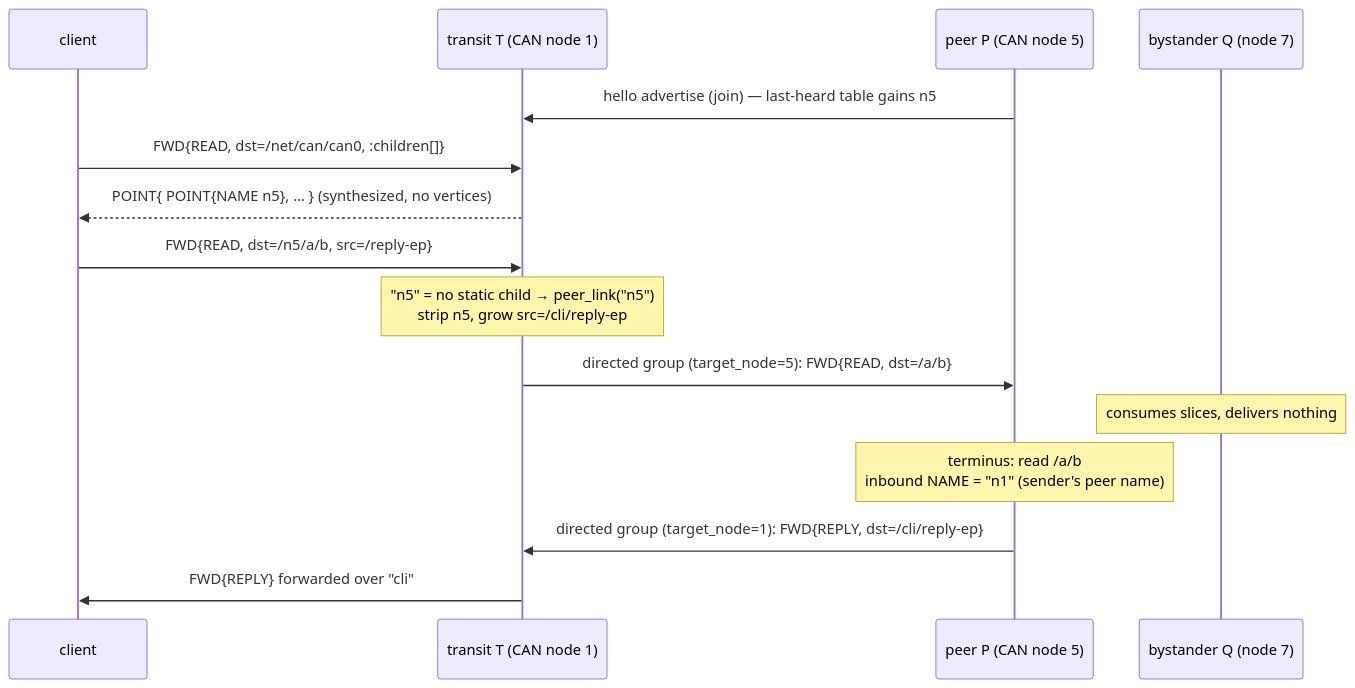
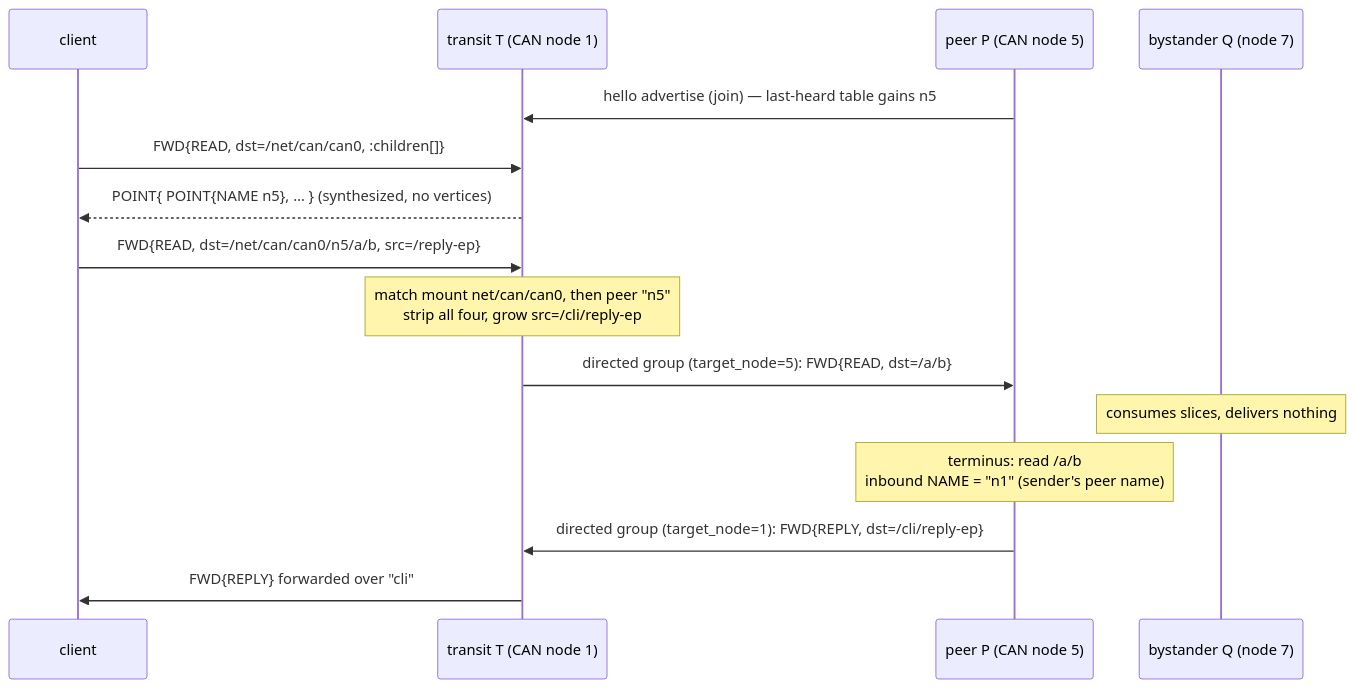
Before and after one commit to avatarsd-llc/libtracer: the diagram in docs/reference/14-can-transport.md, drawn with Mermaid. The commit also changed other lines of this file, not shown here.

First line of the commit message:
docs: reference/14 taught two peer-addressing forms that no longer route (#605)

````diff
--- a/docs/reference/14-can-transport.md
+++ b/docs/reference/14-can-transport.md
@@ -379,17 +401,17 @@
 ```{mermaid}
 sequenceDiagram
     participant C as client
     participant T as transit T (CAN node 1)
     participant P as peer P (CAN node 5)
     participant Q as bystander Q (node 7)
     P->>T: hello advertise (join) — last-heard table gains n5
     C->>T: FWD{READ, dst=/net/can/can0, :children[]}
     T-->>C: POINT{ POINT{NAME n5}, … } (synthesized, no vertices)
-    C->>T: FWD{READ, dst=/n5/a/b, src=/reply-ep}
-    Note over T: "n5" = no static child → peer_link("n5")<br/>strip n5, grow src=/cli/reply-ep
+    C->>T: FWD{READ, dst=/net/can/can0/n5/a/b, src=/reply-ep}
+    Note over T: match mount net/can/can0, then peer "n5"<br/>strip all four, grow src=/cli/reply-ep
     T->>P: directed group (target_node=5): FWD{READ, dst=/a/b}
     Note over Q: consumes slices, delivers nothing
     Note over P: terminus: read /a/b<br/>inbound NAME = "n1" (sender's peer name)
     P->>T: directed group (target_node=1): FWD{REPLY, dst=/cli/reply-ep}
     T->>C: FWD{REPLY} forwarded over "cli"
 ```
````
